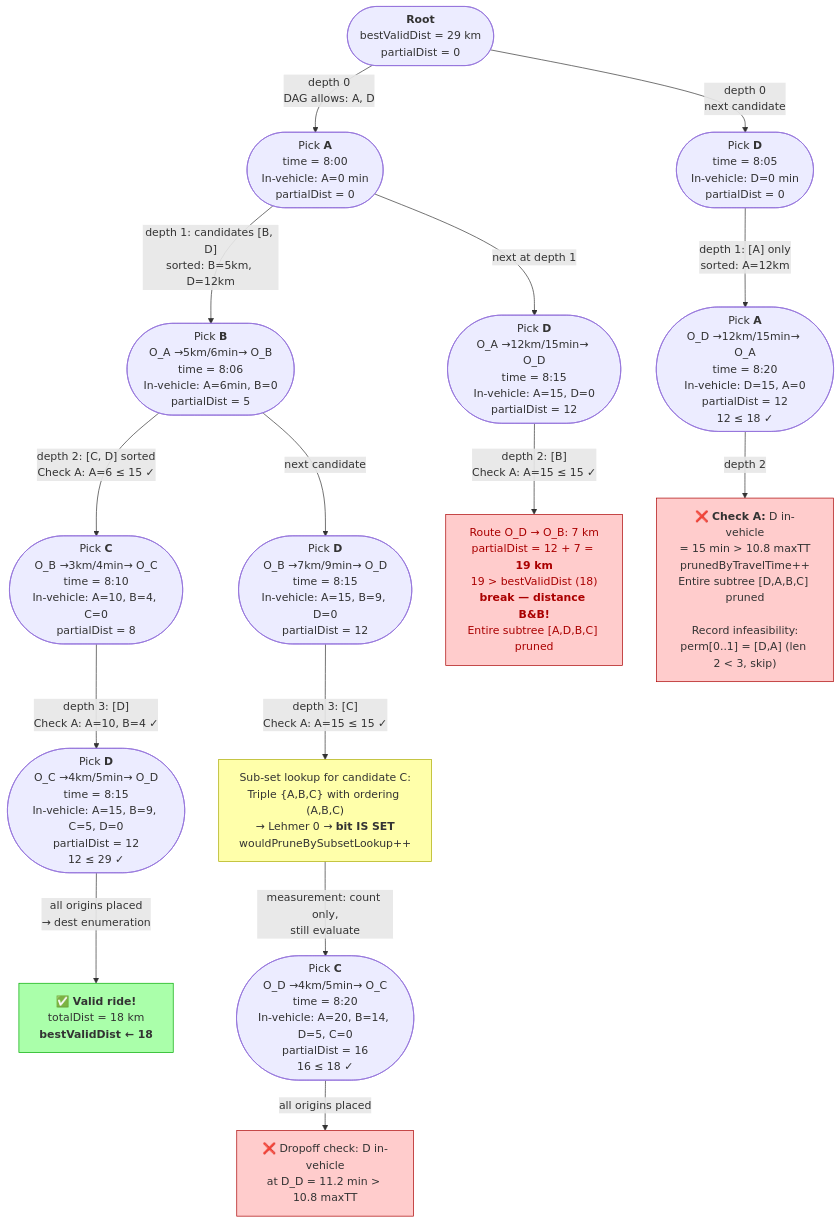
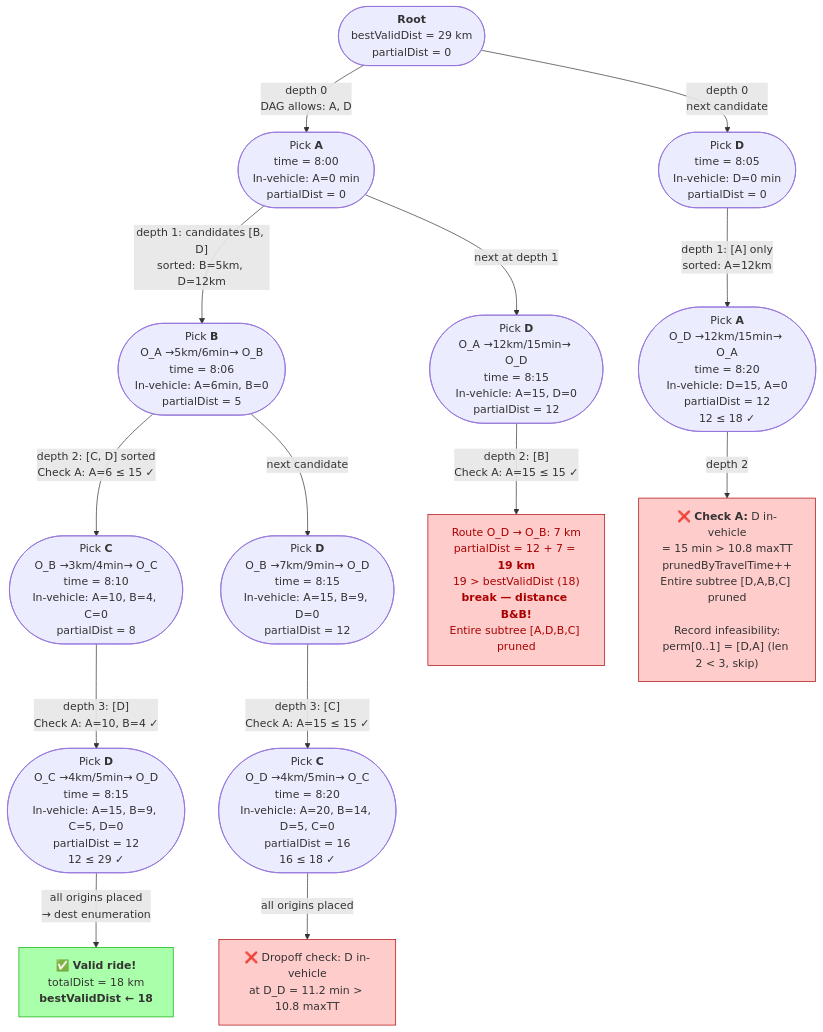
One commit to Chrigarr9/matsim-libs changed diagram 21 of 23 in contribs/drt-demand-extraction/docs/drt-demand-extraction-architecture.md. Above: the diagram before and after it, drawn with Mermaid. The commit also changed other lines of this file, not shown here.

First line of the commit message:
docs: rewrite drt-demand-extraction-architecture.md to current code-truth

````diff
--- a/contribs/drt-demand-extraction/docs/drt-demand-extraction-architecture.md
+++ b/contribs/drt-demand-extraction/docs/drt-demand-extraction-architecture.md
@@ -1108,11 +1010,7 @@
     %% Sub-set lookup: {A,B,C} ordering (A,B,C) → bit 0 SET → INFEASIBLE!
     %% ========================
 
-    ABD2 -->|"depth 3: [C]<br/>Check A: A=15 ≤ 15 ✓"| ABDC_LOOKUP
-
-    ABDC_LOOKUP["Sub-set lookup for candidate C:<br/>Triple {A,B,C} with ordering (A,B,C)<br/>→ Lehmer 0 → <b>bit IS SET</b><br/>wouldPruneBySubsetLookup++"]
-
-    ABDC_LOOKUP -->|"measurement: count only,<br/>still evaluate"| ABDC3
+    ABD2 -->|"depth 3: [C]<br/>Check A: A=15 ≤ 15 ✓"| ABDC3
 
     ABDC3(["Pick <b>C</b><br/>O_D →4km/5min→ O_C<br/>time = 8:20<br/>In-vehicle: A=20, B=14, D=5, C=0<br/>partialDist = 16<br/>16 ≤ 18 ✓"])
 
@@ -1174,5 +1072,4 @@
     style ABDC_DEST fill:#fcc,stroke:#a00
     style AD_BB fill:#fcc,stroke:#a00,color:#a00
     style DA_CHECKA fill:#fcc,stroke:#a00
-    style ABDC_LOOKUP fill:#ffa,stroke:#aa0
 ```
````
